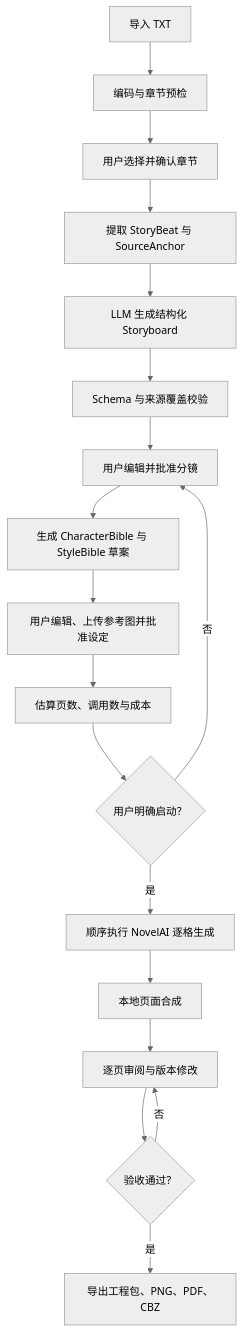
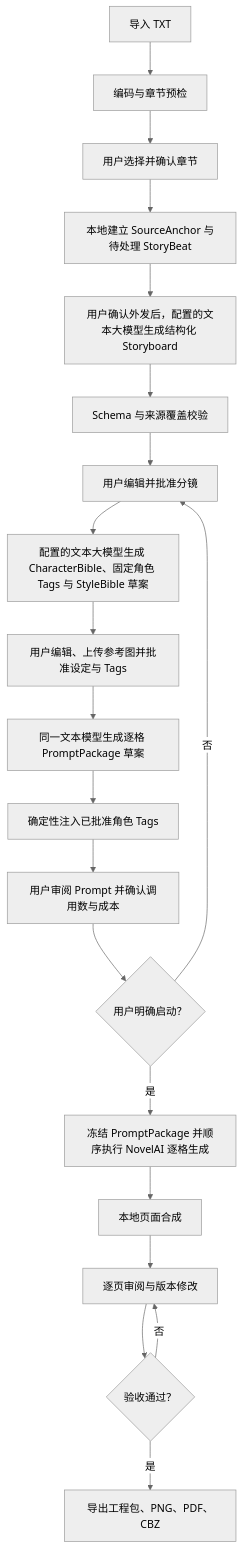
The first of 2 diagrams in PRD.md (Litinan-Ery/Manga-Maker), drawn with Mermaid (neutral theme) before and after one commit. The commit also changed other lines of this file and 2 other files, not shown here.

````diff
--- a/PRD.md
+++ b/PRD.md
@@ -139,20 +145,22 @@
 ```mermaid
 flowchart TD
     A["导入 TXT"] --> B["编码与章节预检"]
     B --> C["用户选择并确认章节"]
-    C --> D["提取 StoryBeat 与 SourceAnchor"]
-    D --> E["LLM 生成结构化 Storyboard"]
+    C --> D["本地建立 SourceAnchor 与待处理 StoryBeat"]
+    D --> E["用户确认外发后，配置的文本大模型生成结构化 Storyboard"]
     E --> F["Schema 与来源覆盖校验"]
     F --> G["用户编辑并批准分镜"]
-    G --> H["生成 CharacterBible 与 StyleBible 草案"]
-    H --> I["用户编辑、上传参考图并批准设定"]
-    I --> J["估算页数、调用数与成本"]
-    J --> K{"用户明确启动？"}
-    K -- 否 --> G
-    K -- 是 --> L["顺序执行 NovelAI 逐格生成"]
-    L --> M["本地页面合成"]
-    M --> N["逐页审阅与版本修改"]
-    N --> O{"验收通过？"}
-    O -- 否 --> N
-    O -- 是 --> P["导出工程包、PNG、PDF、CBZ"]
+    G --> H["配置的文本大模型生成 CharacterBible、固定角色 Tags 与 StyleBible 草案"]
+    H --> I["用户编辑、上传参考图并批准设定与 Tags"]
+    I --> J["同一文本模型生成逐格 PromptPackage 草案"]
+    J --> K["确定性注入已批准角色 Tags"]
+    K --> L["用户审阅 Prompt 并确认调用数与成本"]
+    L --> M{"用户明确启动？"}
+    M -- 否 --> G
+    M -- 是 --> N["冻结 PromptPackage 并顺序执行 NovelAI 逐格生成"]
+    N --> O["本地页面合成"]
+    O --> P["逐页审阅与版本修改"]
+    P --> Q{"验收通过？"}
+    Q -- 否 --> P
+    Q -- 是 --> R["导出工程包、PNG、PDF、CBZ"]
 ```
````
